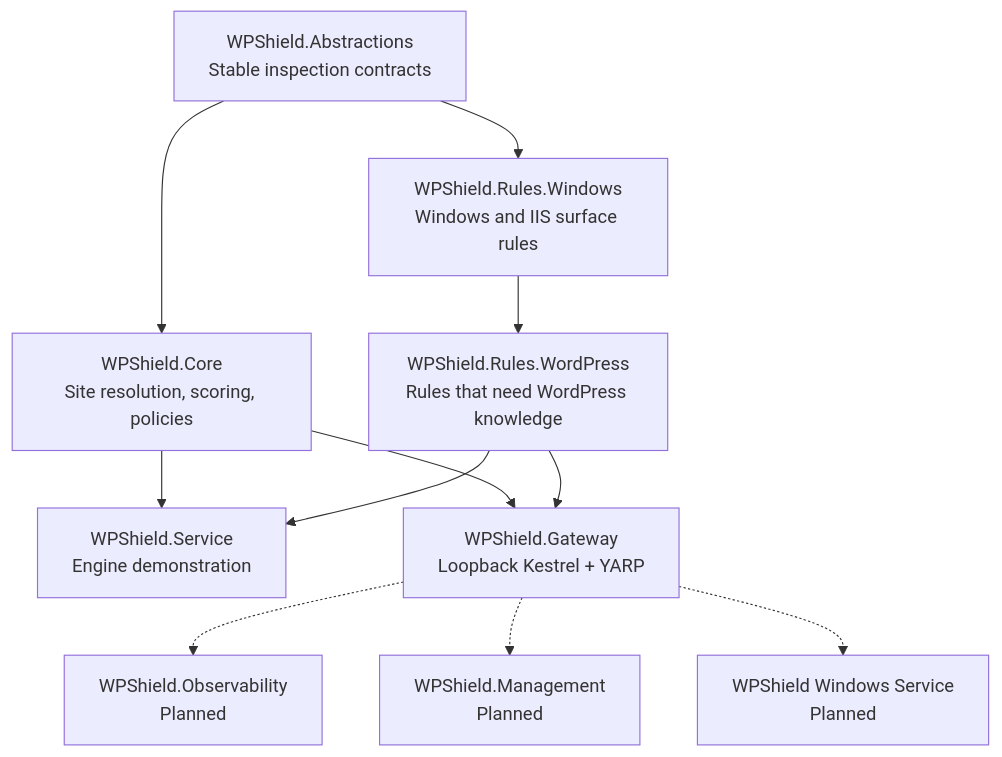
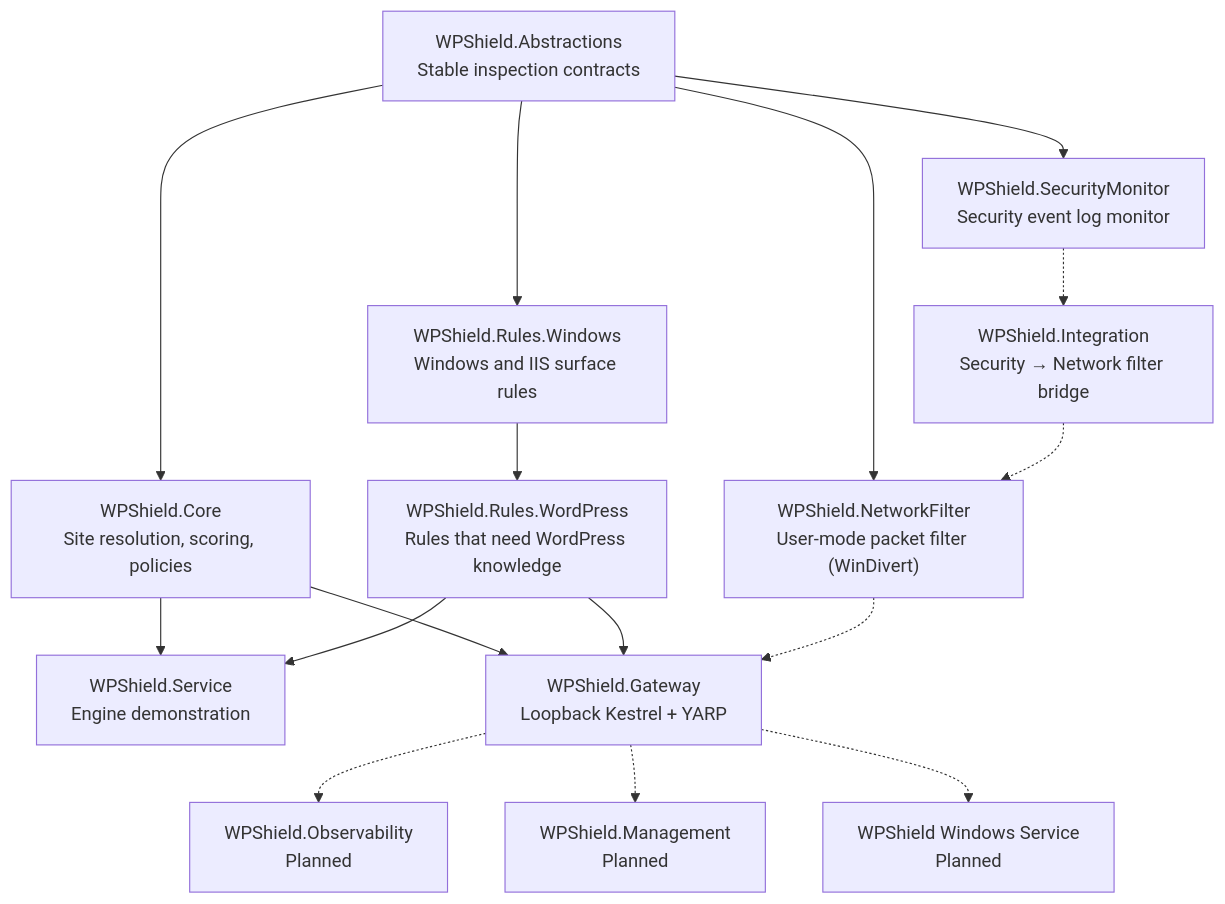
The first of 3 diagrams in README.md (peopleworks/WPShield), drawn with Mermaid before and after one commit. The commit also changed other lines of this file and 55 other files, not shown here.

````diff
--- a/README.md
+++ b/README.md
@@ -202,23 +205,31 @@
 ```mermaid
 flowchart TB
     A["WPShield.Abstractions<br/>Stable inspection contracts"]
     C["WPShield.Core<br/>Site resolution, scoring, policies"]
     RW["WPShield.Rules.Windows<br/>Windows and IIS surface rules"]
     R["WPShield.Rules.WordPress<br/>Rules that need WordPress knowledge"]
     S["WPShield.Service<br/>Engine demonstration"]
     G["WPShield.Gateway<br/>Loopback Kestrel + YARP"]
+    NF["WPShield.NetworkFilter<br/>User-mode packet filter (WinDivert)"]
+    SM["WPShield.SecurityMonitor<br/>Security event log monitor"]
+    IN["WPShield.Integration<br/>Security → Network filter bridge"]
     O["WPShield.Observability<br/>Planned"]
     M["WPShield.Management<br/>Planned"]
     W["WPShield Windows Service<br/>Planned"]
 
     A --> C
     A --> RW
+    A --> NF
+    A --> SM
     RW --> R
     C --> S
     C --> G
     R --> S
     R --> G
+    NF -.-> G
+    SM -.-> IN
+    IN -.-> NF
     G -.-> O
     G -.-> M
     G -.-> W
 ```
````
